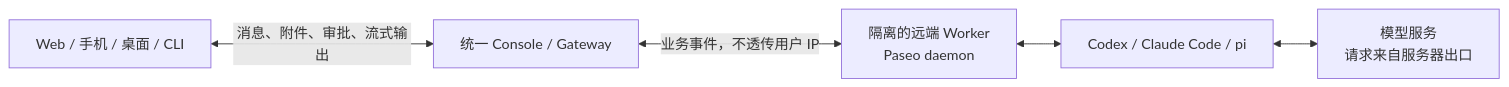
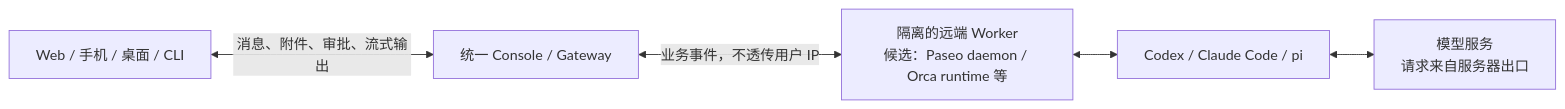
The diagram in docs/research/2026-10-26-agent-workbench-survey.md (atovk/ohoo), drawn with Mermaid before and after one commit. The commit also changed other lines of this file and 78 other files, not shown here.

````diff
--- a/docs/research/2026-10-26-agent-workbench-survey.md
+++ b/docs/research/2026-10-26-agent-workbench-survey.md
@@ -135,7 +171,7 @@
 ```mermaid
 flowchart LR
     C["Web / 手机 / 桌面 / CLI"] <-->|消息、附件、审批、流式输出| G["统一 Console / Gateway"]
-    G <-->|业务事件，不透传用户 IP| W["隔离的远端 Worker<br/>Paseo daemon"]
+    G <-->|业务事件，不透传用户 IP| W["隔离的远端 Worker<br/>候选：Paseo daemon / Orca runtime 等"]
     W <--> A["Codex / Claude Code / pi"]
     A <--> M["模型服务<br/>请求来自服务器出口"]
 ```
````
